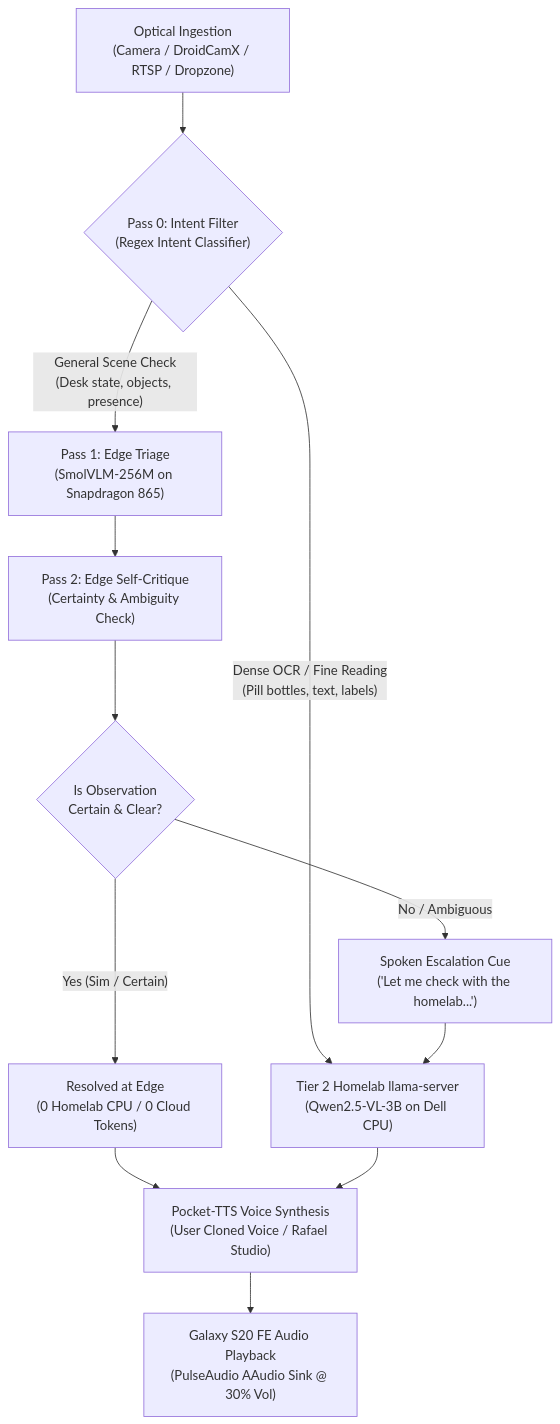
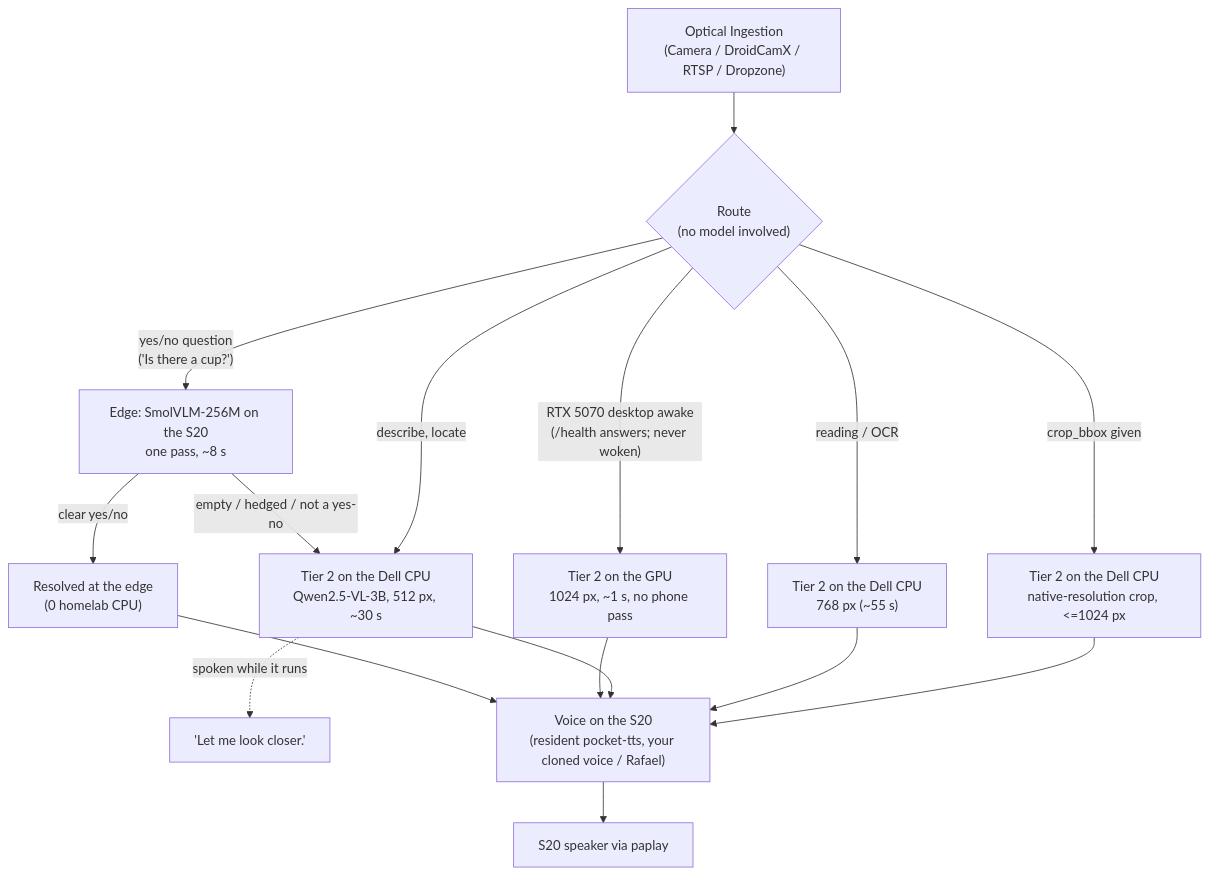
One commit to TravT/ambient-companion changed the diagram in README.md. Above: the diagram before and after it, drawn with Mermaid. The commit also changed other lines of this file and 7 other files, not shown here.

First line of the commit message:
feat(routing): GPU-first, question-shape routing; drop the self-critique pass (v1.3.0)

````diff
--- a/README.md
+++ b/README.md
@@ -12,22 +14,23 @@
 ```mermaid
 flowchart TD
-    A["Optical Ingestion\n(Camera / DroidCamX / RTSP / Dropzone)"] --> B{"Pass 0: Intent Filter\n(Regex Intent Classifier)"}
-    
-    B -->|"Dense OCR / Fine Reading\n(Pill bottles, text, labels)"| H["Tier 2 Homelab llama-server\n(Qwen2.5-VL-3B on Dell CPU)"]
-    
-    B -->|"General Scene Check\n(Desk state, objects, presence)"| C["Pass 1: Edge Triage\n(SmolVLM-256M on Snapdragon 865)"]
-    
-    C --> D["Pass 2: Edge Self-Critique\n(Certainty & Ambiguity Check)"]
-    
-    D --> E{"Is Observation\nCertain & Clear?"}
-    
-    E -->|"Yes (Sim / Certain)"| F["Resolved at Edge\n(0 Homelab CPU / 0 Cloud Tokens)"]
-    
-    E -->|"No / Ambiguous"| G["Spoken Escalation Cue\n('Let me check with the homelab...')"]
-    G --> H
-    
-    F --> I["Pocket-TTS Voice Synthesis\n(User Cloned Voice / Rafael Studio)"]
+    A["Optical Ingestion\n(Camera / DroidCamX / RTSP / Dropzone)"] --> R{"Route\n(no model involved)"}
+
+    R -->|"RTX 5070 desktop awake\n(/health answers; never woken)"| GPU["Tier 2 on the GPU\n1024 px, ~1 s, no phone pass"]
+
+    R -->|"yes/no question\n('Is there a cup?')"| C["Edge: SmolVLM-256M on the S20\none pass, ~8 s"]
+    C -->|"clear yes/no"| F["Resolved at the edge\n(0 homelab CPU)"]
+    C -->|"empty / hedged / not a yes-no"| H
+
+    R -->|"describe, locate"| H["Tier 2 on the Dell CPU\nQwen2.5-VL-3B, 512 px, ~30 s"]
+    R -->|"reading / OCR"| H2["Tier 2 on the Dell CPU\n768 px (~55 s)"]
+    R -->|"crop_bbox given"| H3["Tier 2 on the Dell CPU\nnative-resolution crop, <=1024 px"]
+
+    H -.->|"spoken while it runs"| Q["'Let me look closer.'"]
+
+    F --> I["Voice on the S20\n(resident pocket-tts, your cloned voice / Rafael)"]
+    GPU --> I
     H --> I
-    
-    I --> J["Galaxy S20 FE Audio Playback\n(PulseAudio AAudio Sink @ 30% Vol)"]
+    H2 --> I
+    H3 --> I
+    I --> J["S20 speaker via paplay"]
 ```
````
